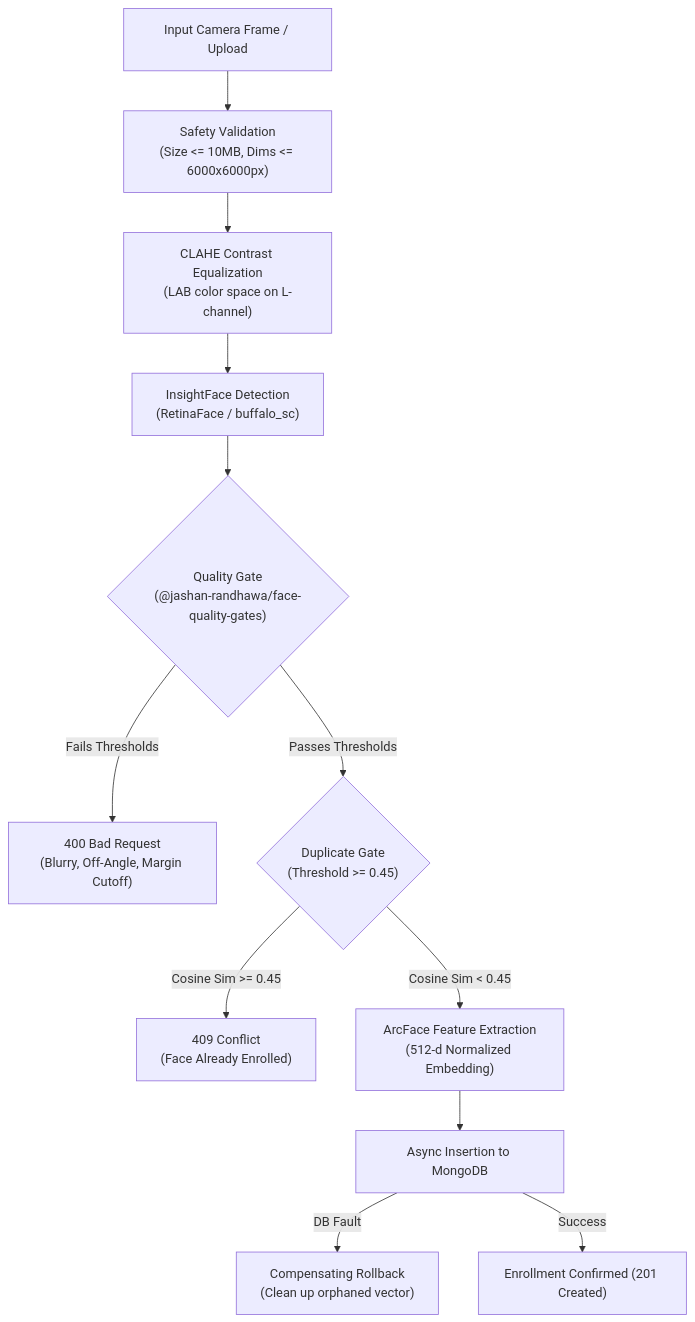
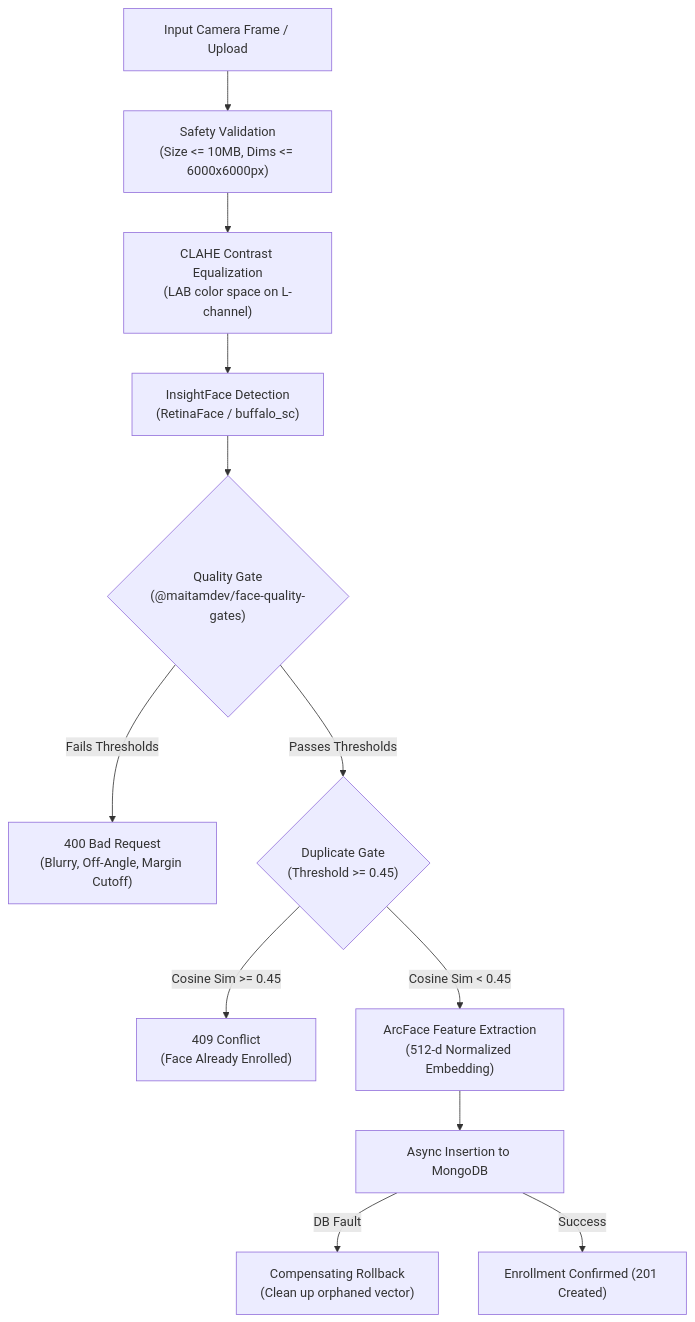
The diagram in wiki/Biometric-Vision-Pipeline.md (maitamdev/eduface-system), drawn with Mermaid before and after one commit. The commit also changed other lines of this file and 31 other files, not shown here.

````diff
--- a/wiki/Biometric-Vision-Pipeline.md
+++ b/wiki/Biometric-Vision-Pipeline.md
@@ -9,17 +9,17 @@
 ```mermaid
 flowchart TD
     Frame["Input Camera Frame / Upload"] --> Validate["Safety Validation\n(Size <= 10MB, Dims <= 6000x6000px)"]
     Validate --> CLAHE["CLAHE Contrast Equalization\n(LAB color space on L-channel)"]
     CLAHE --> Detect["InsightFace Detection\n(RetinaFace / buffalo_sc)"]
-    Detect --> Filter{"Quality Gate\n(@jashan-randhawa/face-quality-gates)"}
+    Detect --> Filter{"Quality Gate\n(@maitamdev/face-quality-gates)"}
 
     Filter -- "Fails Thresholds" --> Reject["400 Bad Request\n(Blurry, Off-Angle, Margin Cutoff)"]
 
     Filter -- "Passes Thresholds" --> DupGate{"Duplicate Gate\n(Threshold >= 0.45)"}
     DupGate -- "Cosine Sim >= 0.45" --> Conflict["409 Conflict\n(Face Already Enrolled)"]
 
     DupGate -- "Cosine Sim < 0.45" --> ArcFace["ArcFace Feature Extraction\n(512-d Normalized Embedding)"]
     ArcFace --> DBInsert["Async Insertion to MongoDB"]
     DBInsert -- "DB Fault" --> Rollback["Compensating Rollback\n(Clean up orphaned vector)"]
     DBInsert -- "Success" --> Complete["Enrollment Confirmed (201 Created)"]
 ```
````
